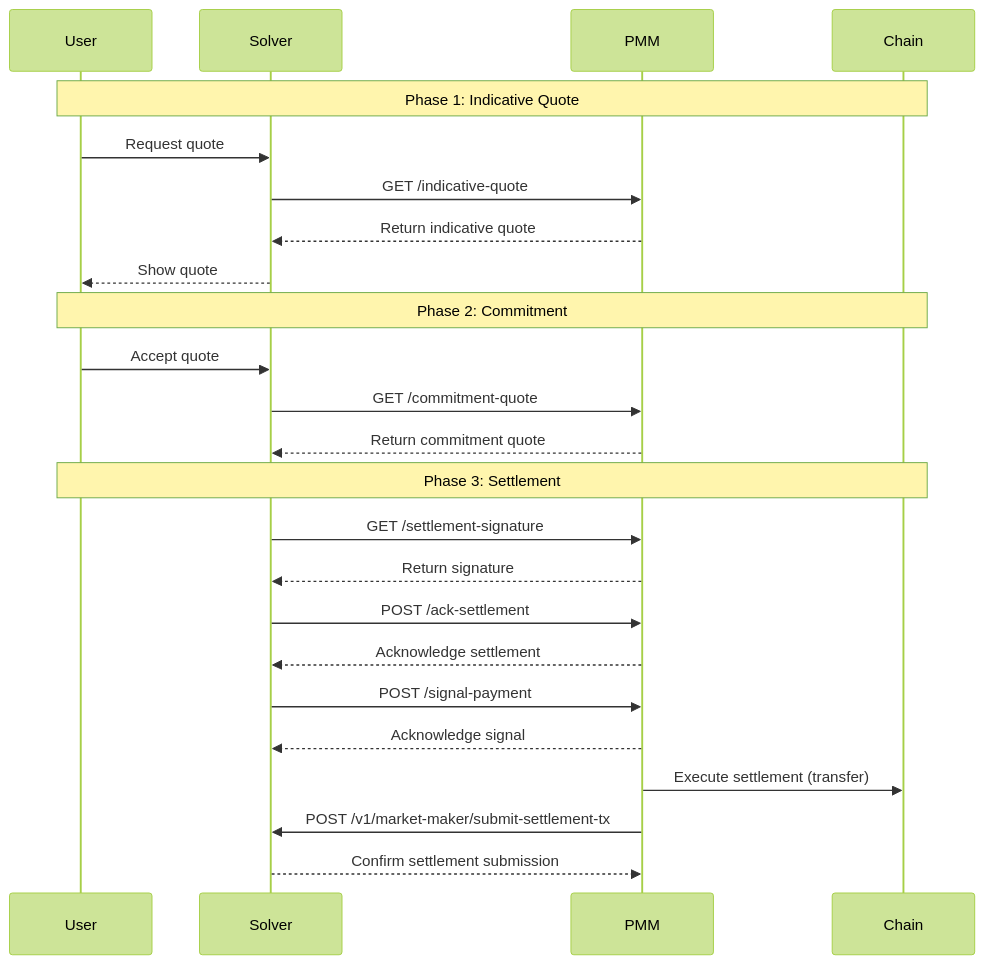
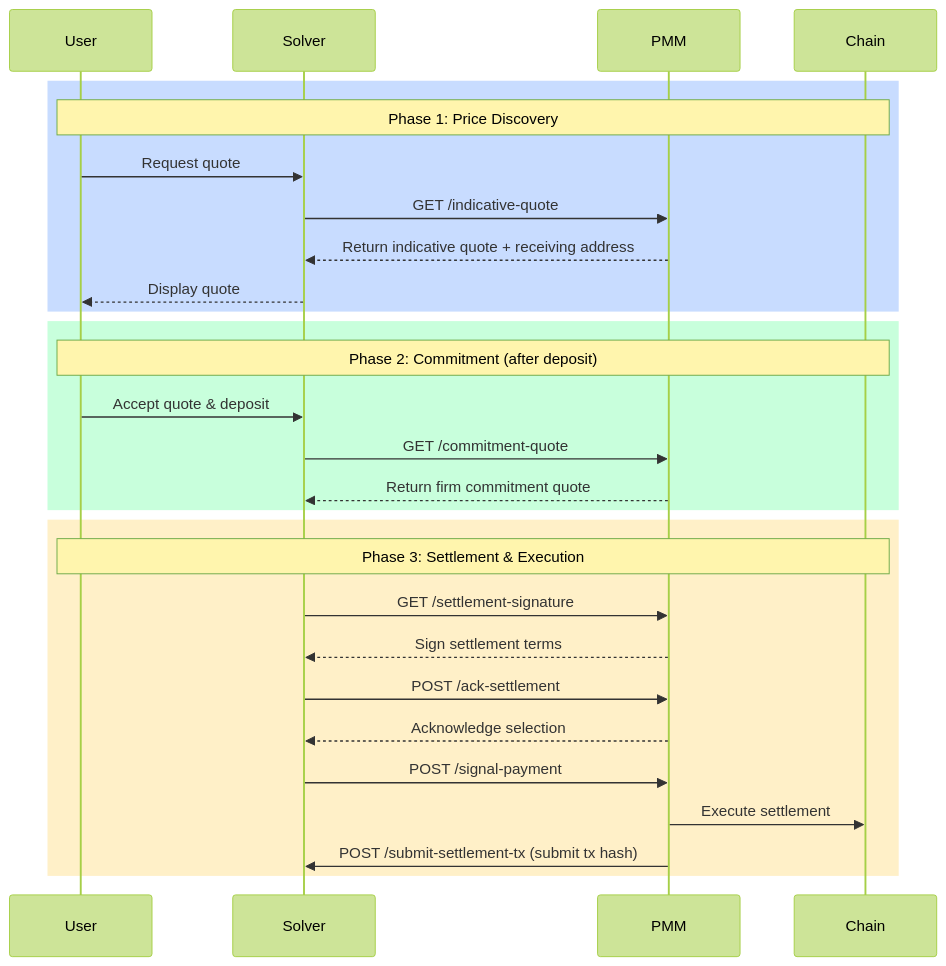
Before and after one commit to optimex-xyz/market-maker-sdk: the diagram in README.md, drawn with Mermaid (forest theme). The commit also changed other lines of this file and 1 other file, not shown here.

````diff
--- a/README.md
+++ b/README.md
@@ -106,29 +97,33 @@
 ```mermaid
 sequenceDiagram
     participant User
     participant Solver
     participant PMM
     participant Chain
 
-    Note over User,Chain: Phase 1: Indicative Quote
+    rect rgb(200, 220, 255)
+    Note over User,Chain: Phase 1: Price Discovery
     User->>Solver: Request quote
     Solver->>PMM: GET /indicative-quote
-    PMM-->>Solver: Return indicative quote
-    Solver-->>User: Show quote
+    PMM-->>Solver: Return indicative quote + receiving address
+    Solver-->>User: Display quote
+    end
 
-    Note over User,Chain: Phase 2: Commitment
-    User->>Solver: Accept quote
+    rect rgb(200, 255, 220)
+    Note over User,Chain: Phase 2: Commitment (after deposit)
+    User->>Solver: Accept quote & deposit
     Solver->>PMM: GET /commitment-quote
-    PMM-->>Solver: Return commitment quote
+    PMM-->>Solver: Return firm commitment quote
+    end
 
-    Note over User,Chain: Phase 3: Settlement
+    rect rgb(255, 240, 200)
+    Note over User,Chain: Phase 3: Settlement & Execution
     Solver->>PMM: GET /settlement-signature
-    PMM-->>Solver: Return signature
+    PMM-->>Solver: Sign settlement terms
     Solver->>PMM: POST /ack-settlement
-    PMM-->>Solver: Acknowledge settlement
+    PMM-->>Solver: Acknowledge selection
     Solver->>PMM: POST /signal-payment
-    PMM-->>Solver: Acknowledge signal
-    PMM->>Chain: Execute settlement (transfer)
-    PMM->>Solver: POST /v1/market-maker/submit-settlement-tx
-    Solver-->>PMM: Confirm settlement submission
+    PMM->>Chain: Execute settlement
+    PMM->>Solver: POST /submit-settlement-tx (submit tx hash)
+    end
 ```
````
